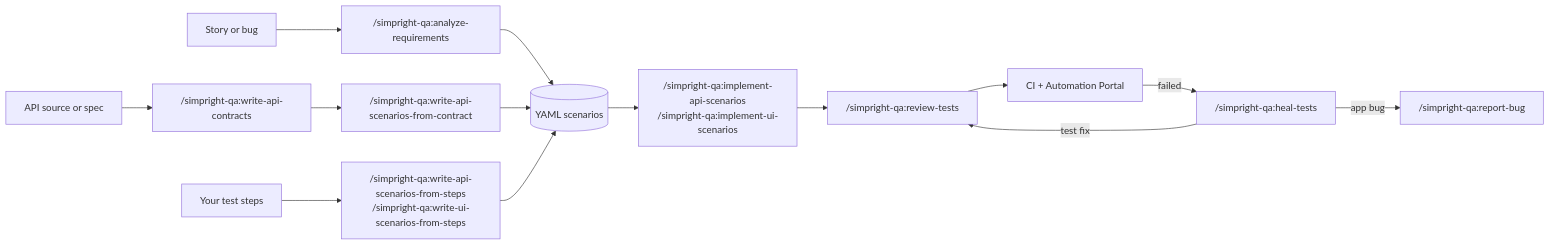
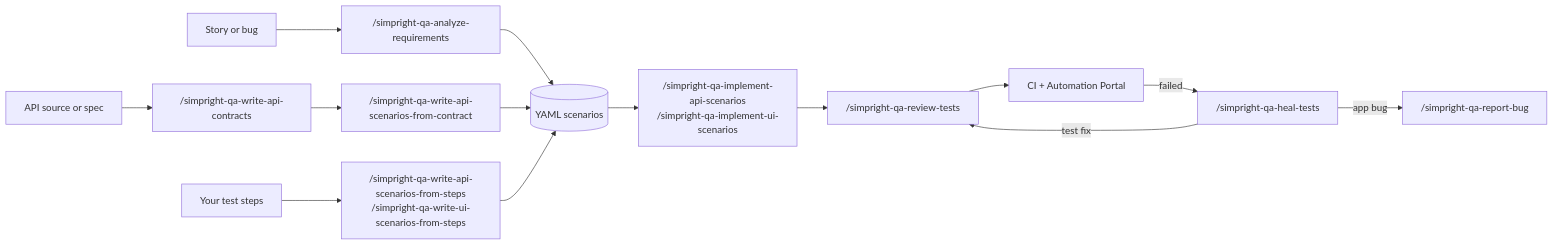
One commit to Zaytsman/SimpRight changed the diagram in README.md. Above: the diagram before and after it, drawn with Mermaid. The commit also changed other lines of this file and 53 other files, not shown here.

````diff
--- a/README.md
+++ b/README.md
@@ -53,16 +53,16 @@
 ```mermaid
 flowchart LR
-  story["Story or bug"] --> analyze["/simpright-qa:analyze-requirements"]
-  source["API source or spec"] --> contracts["/simpright-qa:write-api-contracts"]
-  contracts --> fromContract["/simpright-qa:write-api-scenarios-from-contract"]
-  steps["Your test steps"] --> fromSteps["/simpright-qa:write-api-scenarios-from-steps<br/>/simpright-qa:write-ui-scenarios-from-steps"]
+  story["Story or bug"] --> analyze["/simpright-qa-analyze-requirements"]
+  source["API source or spec"] --> contracts["/simpright-qa-write-api-contracts"]
+  contracts --> fromContract["/simpright-qa-write-api-scenarios-from-contract"]
+  steps["Your test steps"] --> fromSteps["/simpright-qa-write-api-scenarios-from-steps<br/>/simpright-qa-write-ui-scenarios-from-steps"]
   analyze --> scenarios[("YAML scenarios")]
   fromContract --> scenarios
   fromSteps --> scenarios
-  scenarios --> implement["/simpright-qa:implement-api-scenarios<br/>/simpright-qa:implement-ui-scenarios"]
-  implement --> review["/simpright-qa:review-tests"]
+  scenarios --> implement["/simpright-qa-implement-api-scenarios<br/>/simpright-qa-implement-ui-scenarios"]
+  implement --> review["/simpright-qa-review-tests"]
   review --> ci["CI + Automation Portal"]
-  ci -- "failed" --> heal["/simpright-qa:heal-tests"]
+  ci -- "failed" --> heal["/simpright-qa-heal-tests"]
   heal -- "test fix" --> review
-  heal -- "app bug" --> bug["/simpright-qa:report-bug"]
+  heal -- "app bug" --> bug["/simpright-qa-report-bug"]
 ```
````
